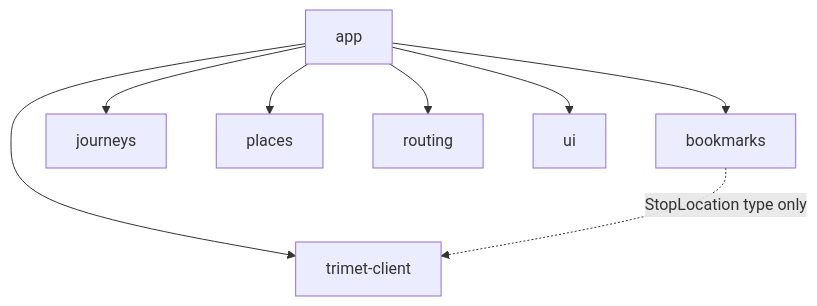
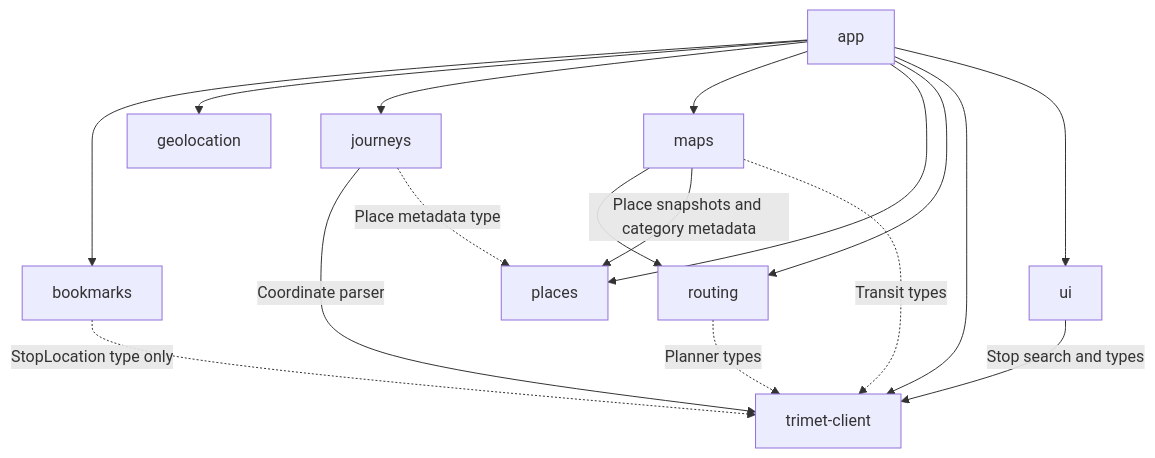
The second of 2 diagrams in docs/architecture.md (wintermuted/trimet-arrivals), drawn with Mermaid before and after one commit. The commit also changed other lines of this file and 176 other files, not shown here.

````diff
--- a/docs/architecture.md
+++ b/docs/architecture.md
@@ -30,10 +29,19 @@
 ```mermaid
 flowchart TD
     app["app"] --> bookmarks["bookmarks"]
+    app --> geolocation["geolocation"]
     app --> journeys["journeys"]
+    app --> maps["maps"]
     app --> places["places"]
     app --> routing["routing"]
     app --> trimet["trimet-client"]
     app --> ui["ui"]
     bookmarks -.->|StopLocation type only| trimet
+    maps --> routing
+    maps -->|Place snapshots and category metadata| places
+    maps -.->|Transit types| trimet
+    routing -.->|Planner types| trimet
+    journeys -->|Coordinate parser| trimet
+    journeys -.->|Place metadata type| places
+    ui -->|Stop search and types| trimet
 ```
````
